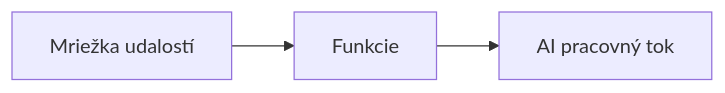
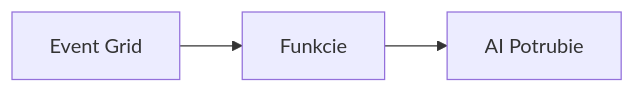
The second of 2 diagrams in translations/sk/docs/chapter-08-production/README.md (microsoft/AZD-for-beginners), drawn with Mermaid before and after one commit. The commit also changed other lines of this file and 101 other files, not shown here.

````diff
--- a/translations/sk/docs/chapter-08-production/README.md
+++ b/translations/sk/docs/chapter-08-production/README.md
@@ -54,4 +56,4 @@
 ```mermaid
 graph LR
-    EventGrid[Mriežka udalostí] --> Functions[Funkcie] --> Pipeline[AI pracovný tok]
+    EventGrid[Event Grid] --> Functions[Funkcie] --> Pipeline[AI Potrubie]
 ```
````
